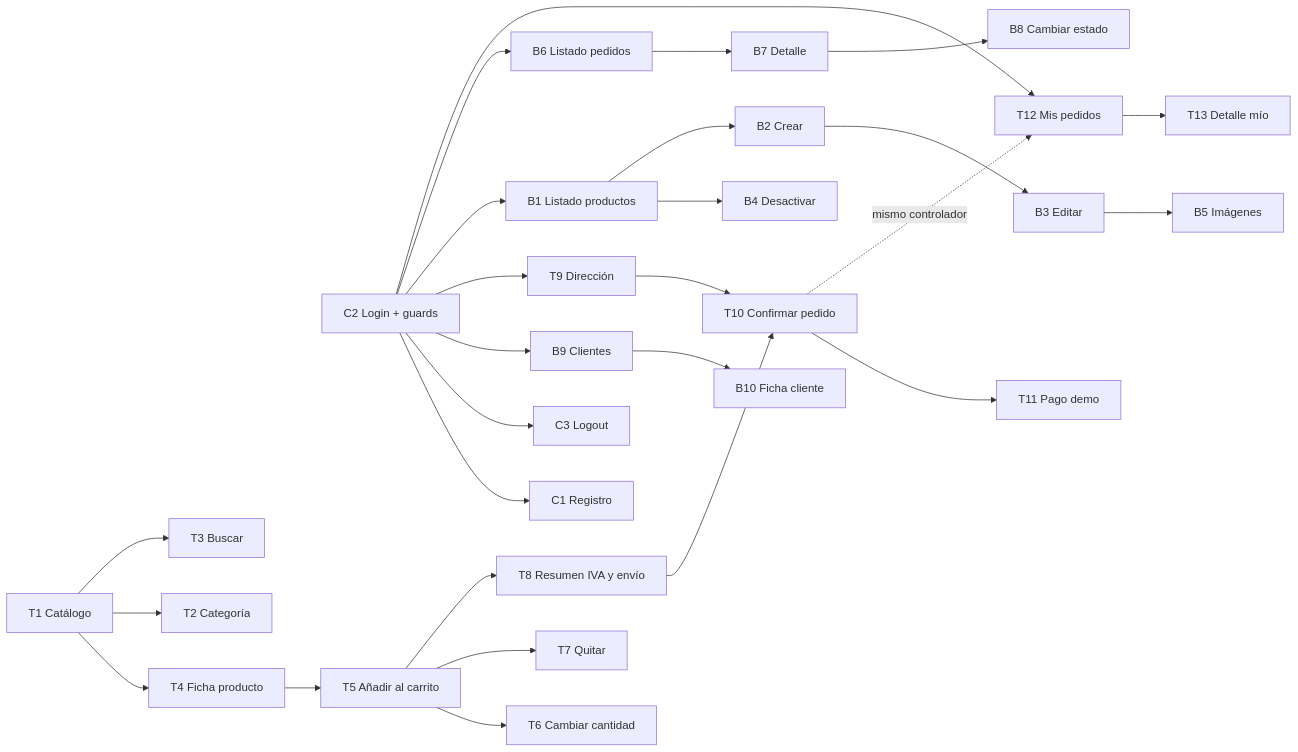
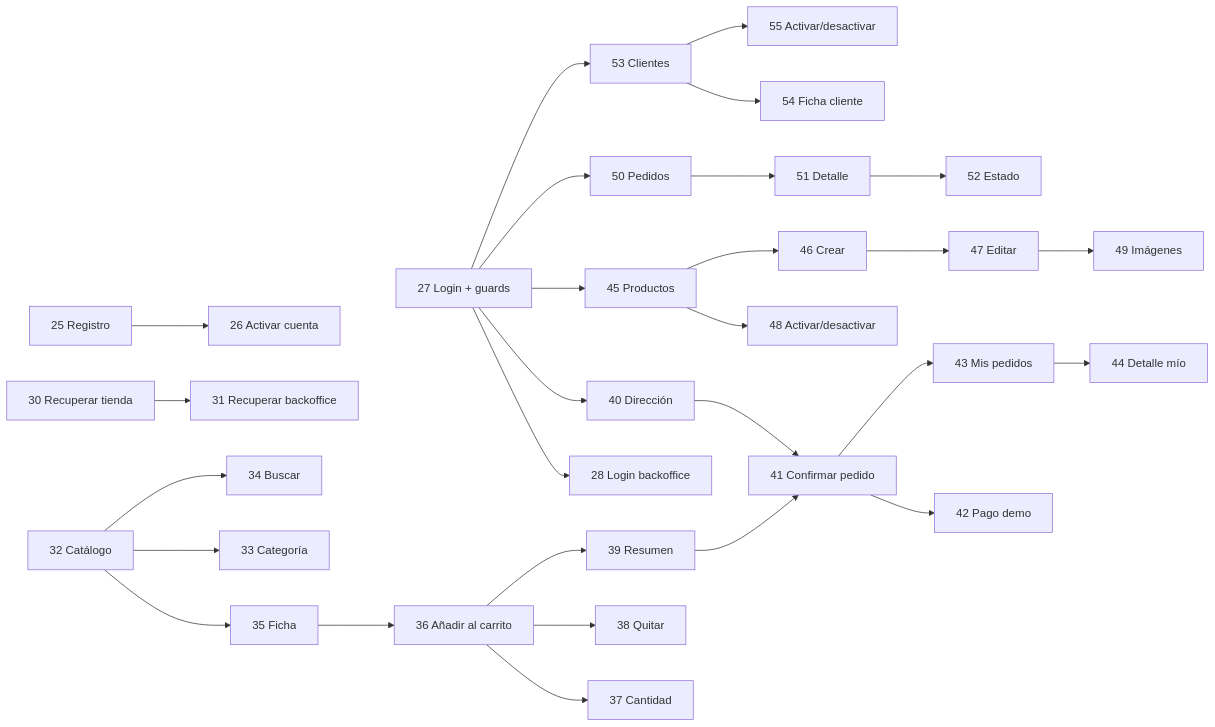
The diagram in docs/backlog.md (migueldonaire/furniro-bootcamp-fullstack), drawn with Mermaid before and after one commit. The commit also changed other lines of this file and 2 other files, not shown here.

````diff
--- a/docs/backlog.md
+++ b/docs/backlog.md
@@ -26,23 +46,23 @@
 ```mermaid
 flowchart LR
-  C2[C2 Login + guards] --> C1[C1 Registro]
-  C2 --> C3[C3 Logout]
-  C2 --> B9[B9 Clientes] --> B10[B10 Ficha cliente]
-  T1[T1 Catálogo] --> T4[T4 Ficha producto]
-  T1 --> T2[T2 Categoría]
-  T1 --> T3[T3 Buscar]
-  T4 --> T5[T5 Añadir al carrito]
-  T5 --> T6[T6 Cambiar cantidad]
-  T5 --> T7[T7 Quitar]
-  T5 --> T8[T8 Resumen IVA y envío]
-  C2 --> T9[T9 Dirección]
-  T8 --> T10[T10 Confirmar pedido]
-  T9 --> T10
-  T10 --> T11[T11 Pago demo]
-  C2 --> B1[B1 Listado productos]
-  B1 --> B4[B4 Desactivar]
-  B1 --> B2[B2 Crear] --> B3[B3 Editar] --> B5[B5 Imágenes]
-  C2 --> B6[B6 Listado pedidos] --> B7[B7 Detalle] --> B8[B8 Cambiar estado]
-  C2 --> T12[T12 Mis pedidos] --> T13[T13 Detalle mío]
-  T10 -.mismo controlador.-> T12
+  F27[27 Login + guards] --> F28[28 Login backoffice]
+  F25[25 Registro] --> F26[26 Activar cuenta]
+  F30[30 Recuperar tienda] --> F31[31 Recuperar backoffice]
+  F32[32 Catálogo] --> F35[35 Ficha]
+  F32 --> F33[33 Categoría]
+  F32 --> F34[34 Buscar]
+  F35 --> F36[36 Añadir al carrito]
+  F36 --> F37[37 Cantidad]
+  F36 --> F38[38 Quitar]
+  F36 --> F39[39 Resumen]
+  F27 --> F40[40 Dirección]
+  F39 --> F41[41 Confirmar pedido]
+  F40 --> F41
+  F41 --> F42[42 Pago demo]
+  F41 --> F43[43 Mis pedidos] --> F44[44 Detalle mío]
+  F27 --> F45[45 Productos] --> F48[48 Activar/desactivar]
+  F45 --> F46[46 Crear] --> F47[47 Editar] --> F49[49 Imágenes]
+  F27 --> F50[50 Pedidos] --> F51[51 Detalle] --> F52[52 Estado]
+  F27 --> F53[53 Clientes] --> F54[54 Ficha cliente]
+  F53 --> F55[55 Activar/desactivar]
 ```
````
